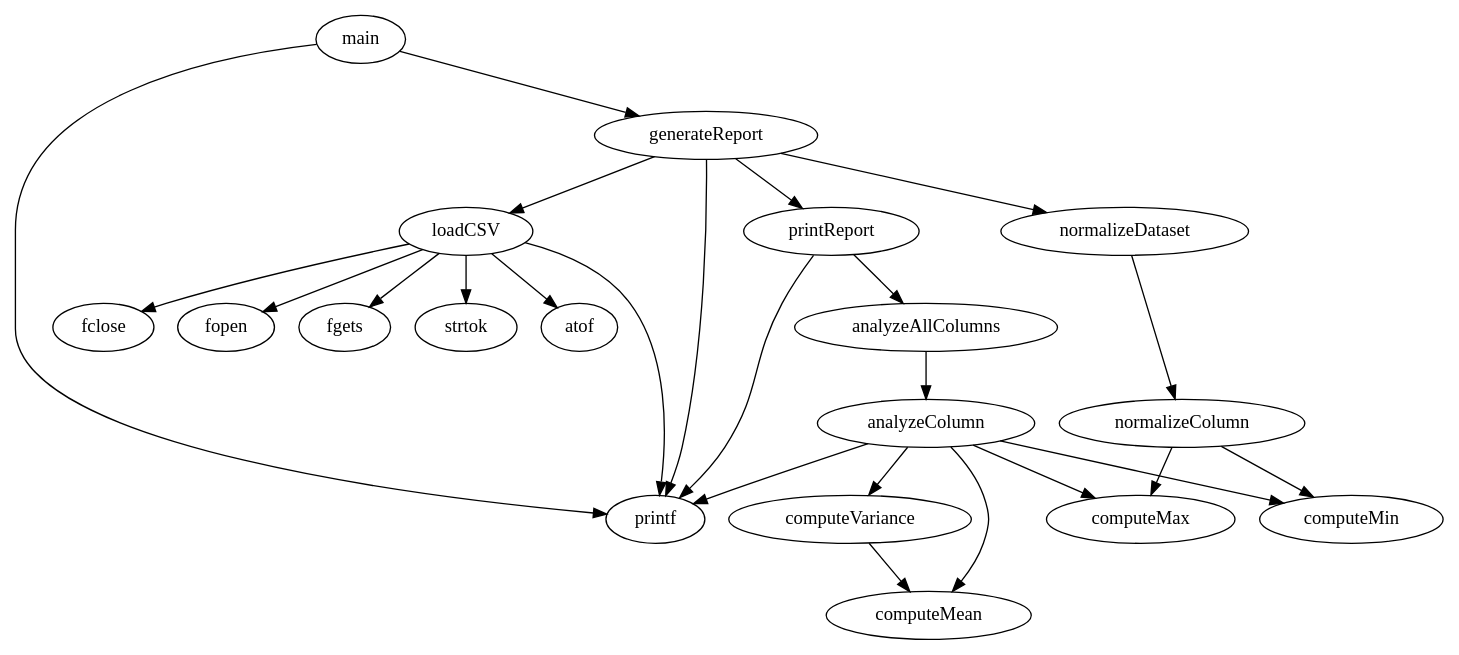
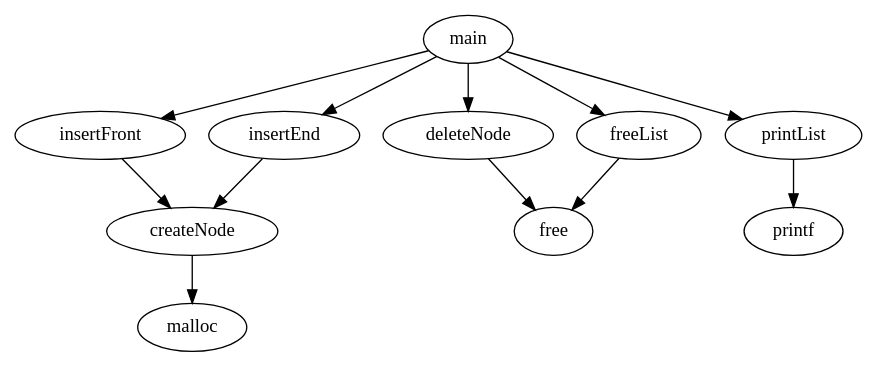
Before and after one commit to EmonRezaBD/commitFuzz: the diagram in results/graph_clean.dot, drawn with Graphviz. The commit also changed 17 other files, not shown here.

```diff
--- a/results/graph_clean.dot
+++ b/results/graph_clean.dot
@@ -1,26 +1,13 @@
 digraph G {
-"computeVariance"->"computeMean";
-"loadCSV"->fopen;
-"loadCSV"->printf;
-"loadCSV"->fgets;
-"loadCSV"->strtok;
-"loadCSV"->atof;
-"loadCSV"->fclose;
-"analyzeColumn"->printf;
-"analyzeColumn"->"computeMin";
-"analyzeColumn"->"computeMax";
-"analyzeColumn"->"computeMean";
-"analyzeColumn"->"computeVariance";
-"analyzeAllColumns"->"analyzeColumn";
-"normalizeColumn"->"computeMin";
-"normalizeColumn"->"computeMax";
-"normalizeDataset"->"normalizeColumn";
-"printReport"->printf;
-"printReport"->"analyzeAllColumns";
-"generateReport"->"loadCSV";
-"generateReport"->printf;
-"generateReport"->"normalizeDataset";
-"generateReport"->"printReport";
-main->printf;
-main->"generateReport";
+"createNode"->malloc;
+"insertFront"->"createNode";
+"insertEnd"->"createNode";
+"deleteNode"->free;
+"printList"->printf;
+"freeList"->free;
+main->"insertEnd";
+main->"insertFront";
+main->"printList";
+main->"deleteNode";
+main->"freeList";
 }
```
